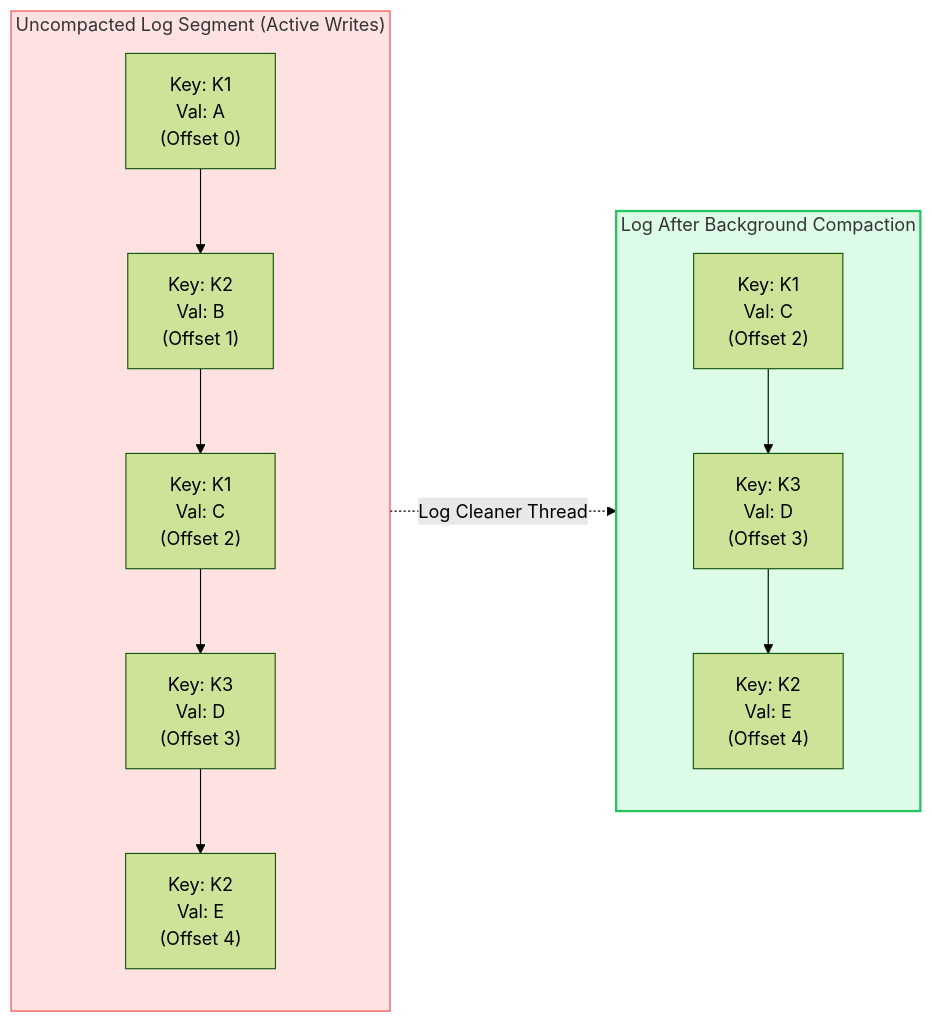
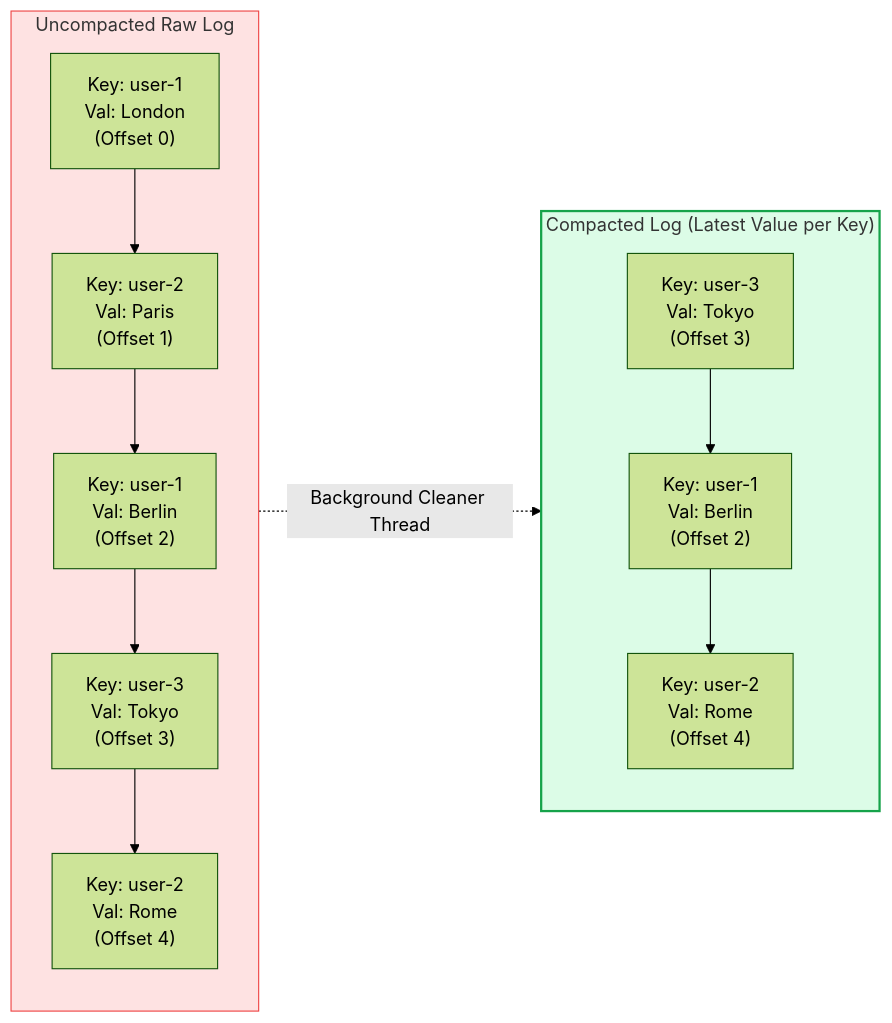
The third of 4 diagrams in 03-Apache-Kafka/04-KRaft-Schema-Registry-and-Streams.md (PandeyKishan/Study-Notes), drawn with Mermaid (forest theme) before and after one commit. The commit also changed other lines of this file and 20 other files, not shown here.

````diff
--- a/03-Apache-Kafka/04-KRaft-Schema-Registry-and-Streams.md
+++ b/03-Apache-Kafka/04-KRaft-Schema-Registry-and-Streams.md
@@ -102,23 +93,23 @@
 ```mermaid
 flowchart LR
-    subgraph Dirty_Log["Uncompacted Log Segment (Active Writes)"]
-        M1["Key: K1\nVal: A\n(Offset 0)"]
-        M2["Key: K2\nVal: B\n(Offset 1)"]
-        M3["Key: K1\nVal: C\n(Offset 2)"]
-        M4["Key: K3\nVal: D\n(Offset 3)"]
-        M5["Key: K2\nVal: E\n(Offset 4)"]
+    subgraph Dirty_Log["Uncompacted Raw Log"]
+        M1["Key: user-1\nVal: London\n(Offset 0)"]
+        M2["Key: user-2\nVal: Paris\n(Offset 1)"]
+        M3["Key: user-1\nVal: Berlin\n(Offset 2)"]
+        M4["Key: user-3\nVal: Tokyo\n(Offset 3)"]
+        M5["Key: user-2\nVal: Rome\n(Offset 4)"]
         M1 --> M2 --> M3 --> M4 --> M5
     end
 
-    subgraph Cleaned_Log["Log After Background Compaction"]
-        C1["Key: K1\nVal: C\n(Offset 2)"]
-        C2["Key: K3\nVal: D\n(Offset 3)"]
-        C3["Key: K2\nVal: E\n(Offset 4)"]
+    subgraph Clean_Log["Compacted Log (Latest Value per Key)"]
+        C1["Key: user-3\nVal: Tokyo\n(Offset 3)"]
+        C2["Key: user-1\nVal: Berlin\n(Offset 2)"]
+        C3["Key: user-2\nVal: Rome\n(Offset 4)"]
         C1 --> C2 --> C3
     end
 
-    Dirty_Log -.->|Log Cleaner Thread| Cleaned_Log
+    Dirty_Log -.->|Background Cleaner Thread| Clean_Log
 
     style Dirty_Log fill:#fee2e2,stroke:#ef4444,stroke-width:1px
-    style Cleaned_Log fill:#dcfce7,stroke:#22c55e,stroke-width:2px
+    style Clean_Log fill:#dcfce7,stroke:#16a34a,stroke-width:2px
 ```
````
